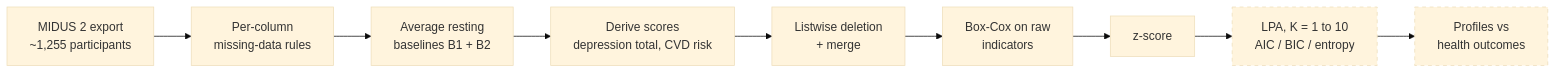
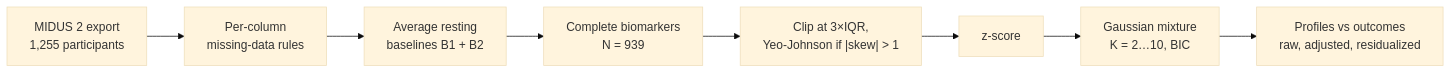
Before and after one commit to JaafarBK02/Multisystem-Stress-Biomarker-Analysis: the diagram in README.md, drawn with Mermaid (base theme). The commit also changed other lines of this file and 11 other files, not shown here.

````diff
--- a/README.md
+++ b/README.md
@@ -41,13 +51,10 @@
 ```mermaid
 flowchart LR
-    A["MIDUS 2 export<br/>~1,255 participants"] --> B["Per-column<br/>missing-data rules"]
+    A["MIDUS 2 export<br/>1,255 participants"] --> B["Per-column<br/>missing-data rules"]
     B --> C["Average resting<br/>baselines B1 + B2"]
-    C --> D["Derive scores<br/>depression total, CVD risk"]
-    D --> E["Listwise deletion<br/>+ merge"]
-    E --> F["Box-Cox on raw<br/>indicators"]
-    F --> G["z-score"]
-    G --> H["LPA, K = 1 to 10<br/>AIC / BIC / entropy"]
-    H --> I["Profiles vs<br/>health outcomes"]
-    style H stroke-dasharray: 5 5
-    style I stroke-dasharray: 5 5
+    C --> D["Complete biomarkers<br/>N = 939"]
+    D --> E["Clip at 3×IQR,<br/>Yeo-Johnson if |skew| > 1"]
+    E --> F["z-score"]
+    F --> G["Gaussian mixture<br/>K = 2…10, BIC"]
+    G --> H["Profiles vs outcomes<br/>raw, adjusted, residualized"]
 ```
````
